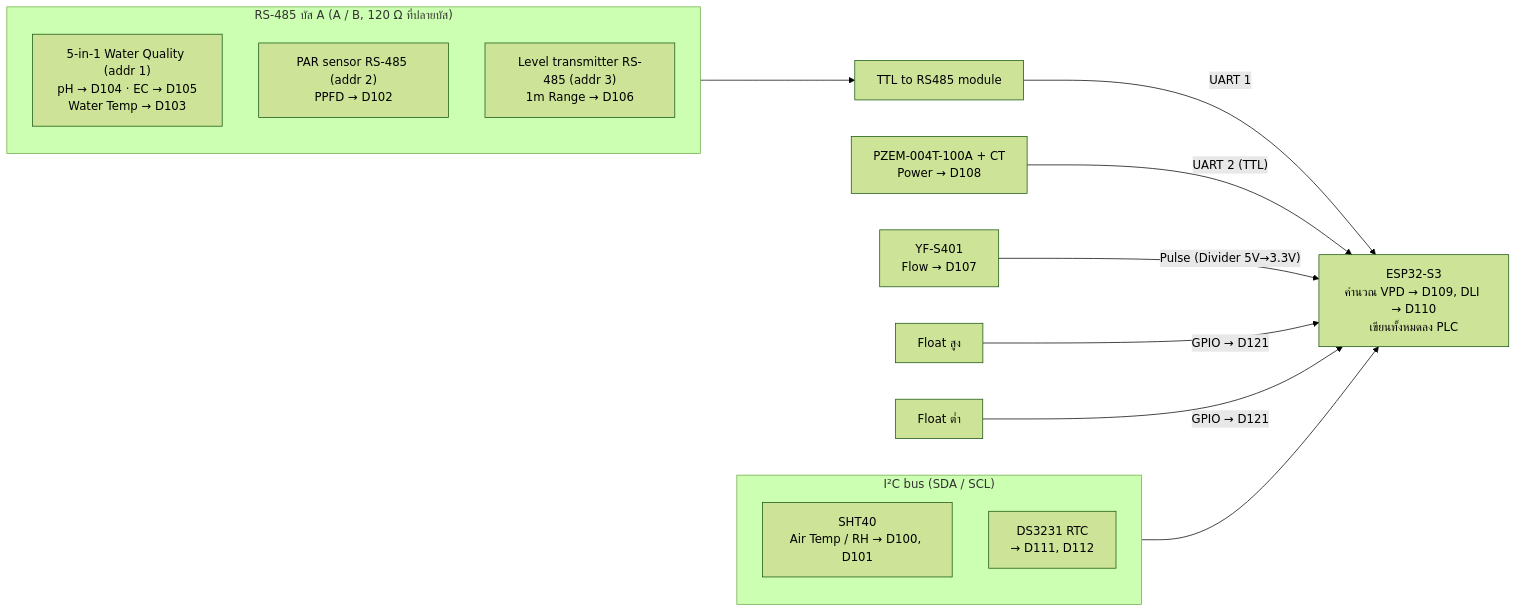
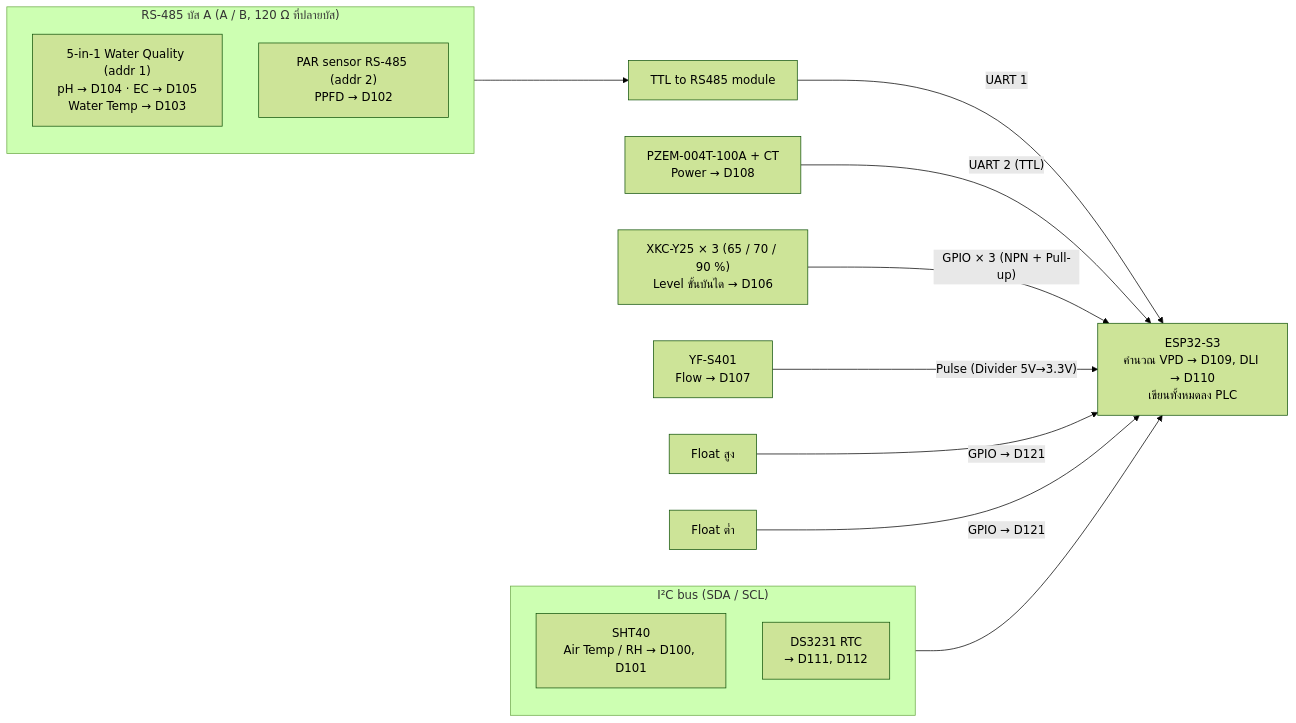
Before and after one commit to aplab-workshop/green-oak-plant-lab: the second of 4 diagrams in docs/HARDWARE-FLOW.md, drawn with Mermaid (forest theme). The commit also changed other lines of this file and 4 other files, not shown here.

Commit message:
docs(hw): water level via 3x XKC-Y25 (65/70/90 %) instead of hydrostatic RS485

````diff
--- a/docs/HARDWARE-FLOW.md
+++ b/docs/HARDWARE-FLOW.md
@@ -39,22 +39,22 @@
 ```mermaid
 flowchart LR
     subgraph BUSA["RS-485 บัส A (A / B, 120 Ω ที่ปลายบัส)"]
         WQ["5-in-1 Water Quality (addr 1)<br/>pH → D104 · EC → D105<br/>Water Temp → D103"]
         PAR["PAR sensor RS-485 (addr 2)<br/>PPFD → D102"]
-        LVL["Level transmitter RS-485 (addr 3)<br/>1m Range → D106"]
     end
     BUSA --> RS485["TTL to RS485 module"]
 
     subgraph I2C["I²C bus (SDA / SCL)"]
         SHT["SHT40<br/>Air Temp / RH → D100, D101"]
         RTC["DS3231 RTC<br/>→ D111, D112"]
     end
 
     MCU["ESP32-S3<br/>คำนวณ VPD → D109, DLI → D110<br/>เขียนทั้งหมดลง PLC"]
     RS485 -- "UART 1" --> MCU
     PZEM["PZEM-004T-100A + CT<br/>Power → D108"] -- "UART 2 (TTL)" --> MCU
     I2C --> MCU
+    XKC["XKC-Y25 × 3 (65 / 70 / 90 %)<br/>Level ขั้นบันได → D106"] -- "GPIO × 3 (NPN + Pull-up)" --> MCU
     FLOW["YF-S401<br/>Flow → D107"] -- "Pulse (Divider 5V→3.3V)" --> MCU
     FLH["Float สูง"] -- "GPIO → D121" --> MCU
     FLL["Float ต่ำ"] -- "GPIO → D121" --> MCU
 ```
````
